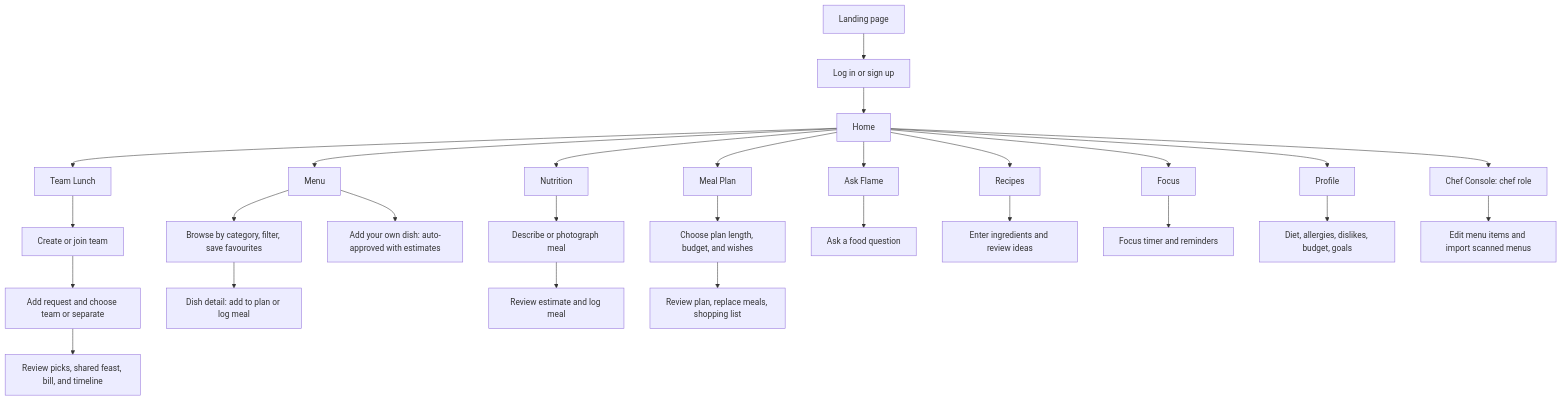
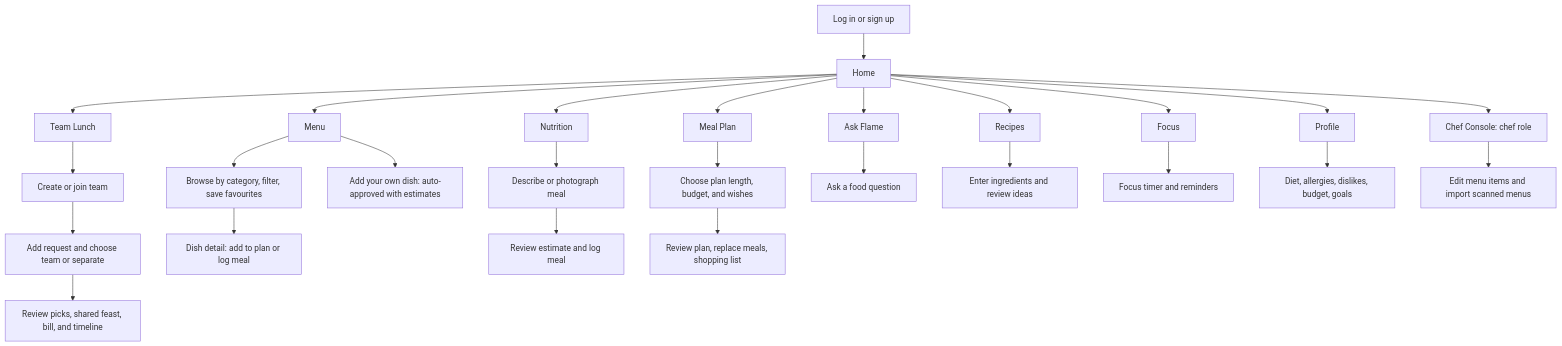
The first of 4 diagrams in README.md (fajarshahzad/Flame-n-Focus), drawn with Mermaid before and after one commit. The commit also changed other lines of this file and 4 other files, not shown here.

Commit message:
Remove landing page: signed-out visitors go straight to sign-in

````diff
--- a/README.md
+++ b/README.md
@@ -17,29 +17,28 @@
 ```mermaid
 flowchart TD
-	Landing[Landing page] --> Auth[Log in or sign up]
-	Auth --> Home[Home]
+	Auth[Log in or sign up] --> Home[Home]
 	Home --> Team[Team Lunch]
 	Home --> Menu[Menu]
 	Home --> Nutrition[Nutrition]
 	Home --> Plan[Meal Plan]
 	Home --> Ask[Ask Flame]
 	Home --> Recipes[Recipes]
 	Home --> Focus[Focus]
 	Home --> Profile[Profile]
 	Home --> Chef[Chef Console: chef role]
 	Team --> Setup[Create or join team]
 	Setup --> Request[Add request and choose team or separate]
 	Request --> Results[Review picks, shared feast, bill, and timeline]
 	Menu --> Browse[Browse by category, filter, save favourites]
 	Browse --> Detail[Dish detail: add to plan or log meal]
 	Menu --> Suggest[Add your own dish: auto-approved with estimates]
 	Nutrition --> Analyze[Describe or photograph meal]
 	Analyze --> Log[Review estimate and log meal]
 	Plan --> Generate[Choose plan length, budget, and wishes]
 	Generate --> Review[Review plan, replace meals, shopping list]
 	Ask --> Chat[Ask a food question]
 	Recipes --> RecipeIdeas[Enter ingredients and review ideas]
 	Focus --> Timer[Focus timer and reminders]
 	Profile --> Preferences[Diet, allergies, dislikes, budget, goals]
 	Chef --> MenuAdmin[Edit menu items and import scanned menus]
 ```
````
